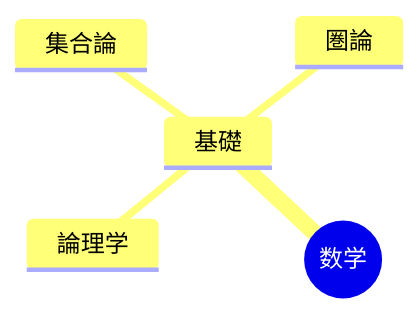
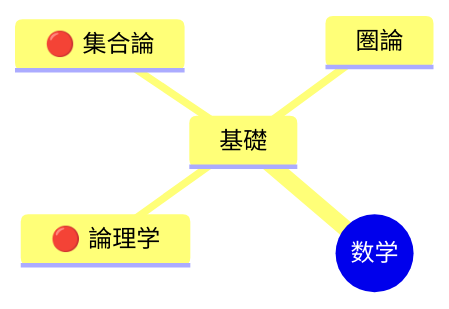
Before and after one commit to tomohikoseven/math_doc: the first of 5 diagrams in src/content/docs/math/structures/0013_mathematics_overview.mdx, drawn with Mermaid. The commit also changed other lines of this file and 1 other file, not shown here.

````diff
--- a/src/content/docs/math/structures/0013_mathematics_overview.mdx
+++ b/src/content/docs/math/structures/0013_mathematics_overview.mdx
@@ -19,8 +23,8 @@
 ```mermaid
 mindmap
   root((数学))
     基礎
-      論理学
-      集合論
+      🔴 論理学
+      🔴 集合論
       圏論
 ```
````
